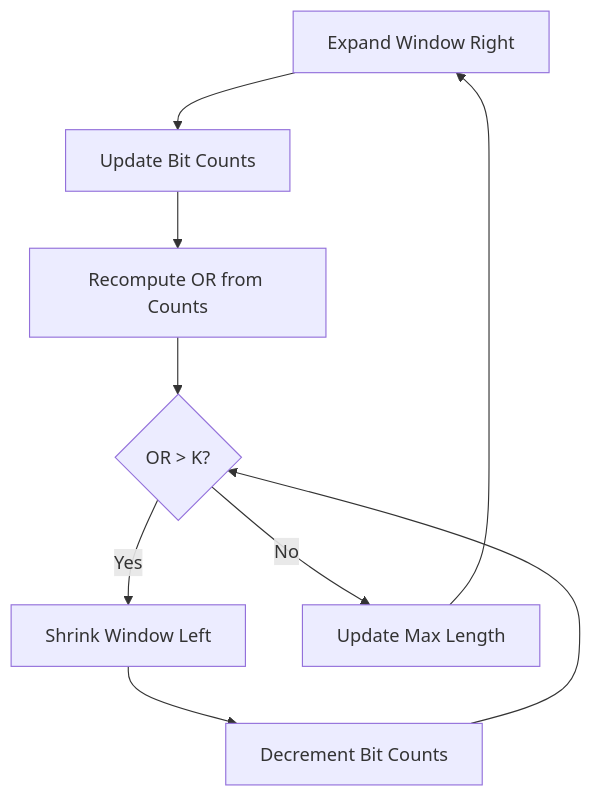
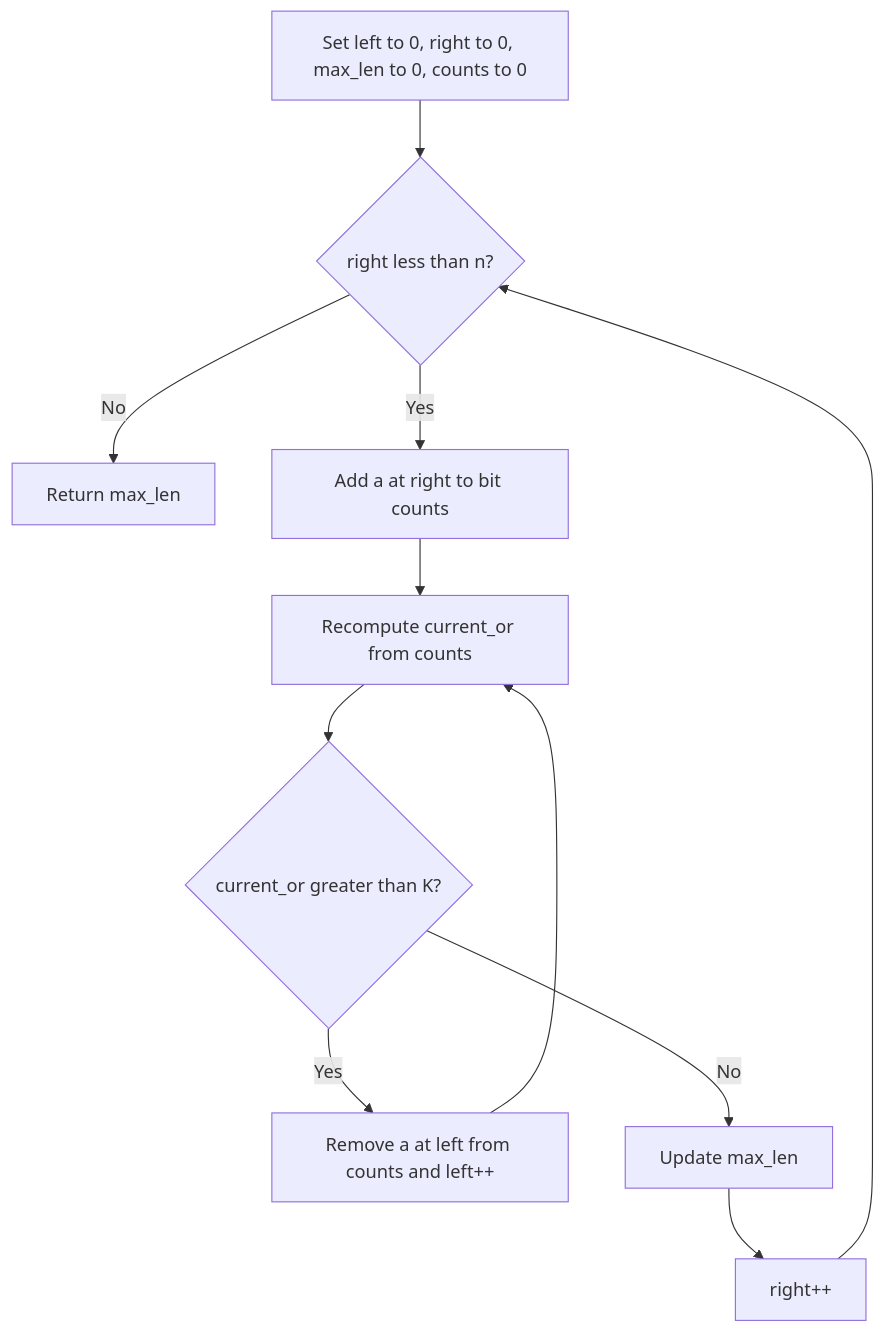
The diagram in dsa-problems/Bitwise/editorials/BIT-016-max-or-subarray-leq-k.md (GundalaNikhil/DSA), drawn with Mermaid before and after one commit. The commit also changed other lines of this file and 429 other files, not shown here.

````diff
--- a/dsa-problems/Bitwise/editorials/BIT-016-max-or-subarray-leq-k.md
+++ b/dsa-problems/Bitwise/editorials/BIT-016-max-or-subarray-leq-k.md
@@ -75,11 +77,13 @@
 ```mermaid
-graph TD
-    Start[Expand Window Right] --> Add[Update Bit Counts]
-    Add --> UpdatesOR[Recompute OR from Counts]
-    UpdatesOR --> Check{OR > K?}
-    Check -- Yes --> Shrink[Shrink Window Left]
-    Shrink --> Remove[Decrement Bit Counts]
-    Remove --> Check
-    Check -- No --> MaxLen[Update Max Length]
-    MaxLen --> Start
+flowchart TD
+    A[Set left to 0, right to 0, max_len to 0, counts to 0] --> B{right less than n?}
+    B -- No --> I[Return max_len]
+    B -- Yes --> C[Add a at right to bit counts]
+    C --> D[Recompute current_or from counts]
+    D --> E{current_or greater than K?}
+    E -- Yes --> F[Remove a at left from counts and left++]
+    F --> D
+    E -- No --> G[Update max_len]
+    G --> H[right++]
+    H --> B
 ```
````
